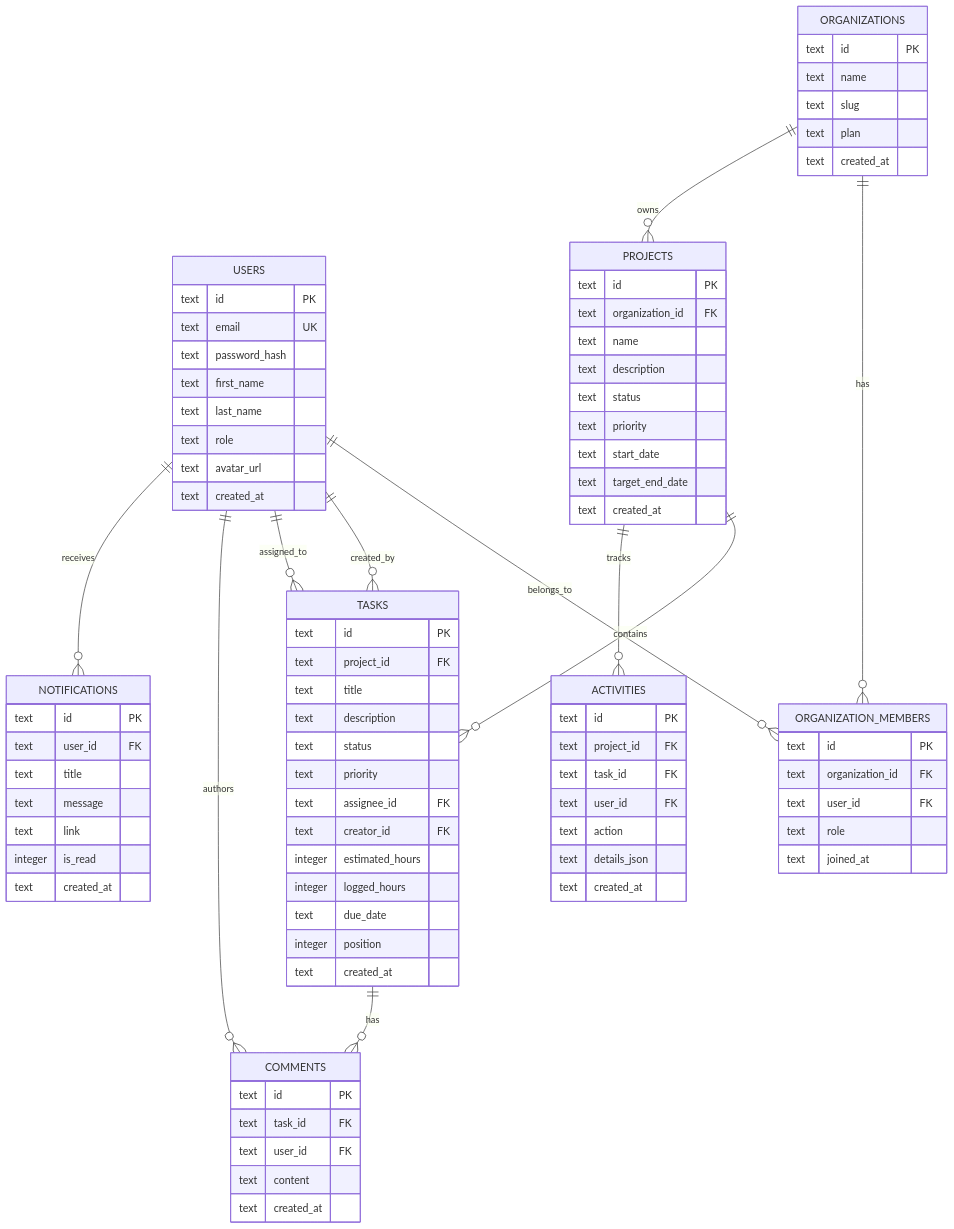
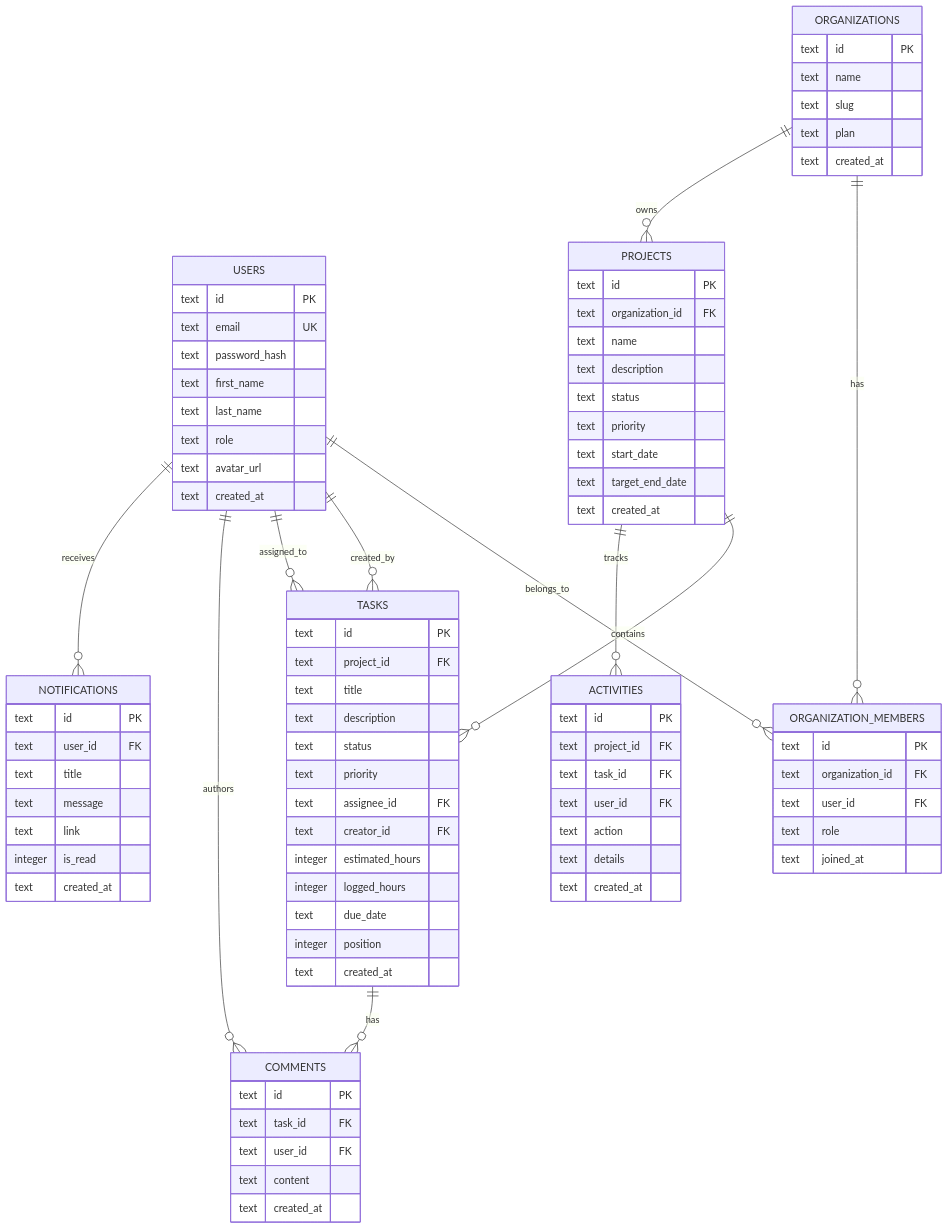
The diagram in docs/DATABASE.md (Sohidul-Islam/nexus-pms), drawn with Mermaid before and after one commit. The commit also changed other lines of this file and 3 other files, not shown here.

```diff
--- a/docs/DATABASE.md
+++ b/docs/DATABASE.md
@@ -127,7 +128,7 @@
         text task_id FK
         text user_id FK
         text action
-        text details_json
+        text details
         text created_at
     }
 
```
